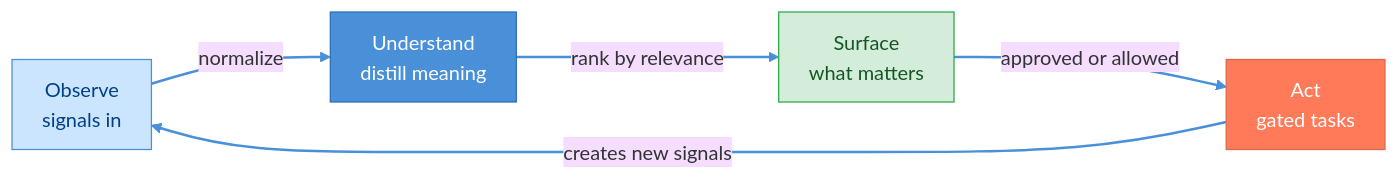
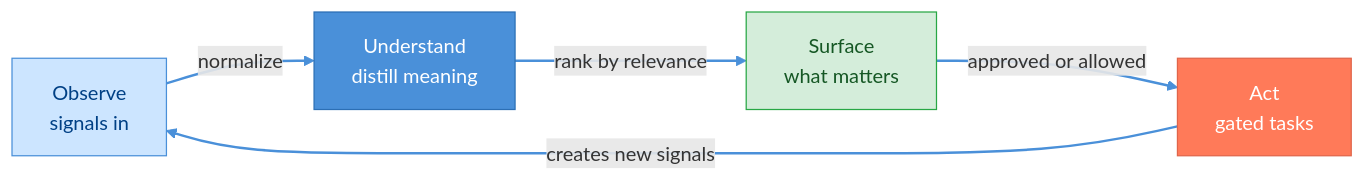
One commit to alex-oleshkevich/dailydrift changed the first of 5 diagrams in specs/how-it-works.md. Above: the diagram before and after it, drawn with Mermaid. The commit also changed other lines of this file and 44 other files, not shown here.

````diff
--- a/specs/how-it-works.md
+++ b/specs/how-it-works.md
@@ -46,17 +46,16 @@
 ```mermaid
-%%{init: {'theme': 'base', 'themeVariables': {'fontSize': '16px'}, 'flowchart': {'nodeSpacing': 60, 'rankSpacing': 75, 'padding': 12}}}%%
 flowchart LR
-    OBS["Observe\nsignals in"]:::process
-    UND["Understand\ndistill meaning"]:::app
-    SUR["Surface\nwhat matters"]:::success
-    ACT["Act\ngated tasks"]:::secondary
+    OBS["Observe<br/>signals in"]:::process
+    UND["Understand<br/>distill meaning"]:::app
+    SUR["Surface<br/>what matters"]:::success
+    ACT["Act<br/>gated tasks"]:::secondary
     OBS -->|"normalize"| UND
     UND -->|"rank by relevance"| SUR
     SUR -->|"approved or allowed"| ACT
     ACT -->|"creates new signals"| OBS
     classDef process fill:#CCE5FF,stroke:#4A90D9,color:#004085
     classDef app fill:#4A90D9,stroke:#2C6FB5,color:#fff
     classDef success fill:#D4EDDA,stroke:#28A745,color:#155724
     classDef secondary fill:#FF7A59,stroke:#E0654A,color:#fff
     linkStyle default stroke:#4A90D9,stroke-width:2px
 ```
````
